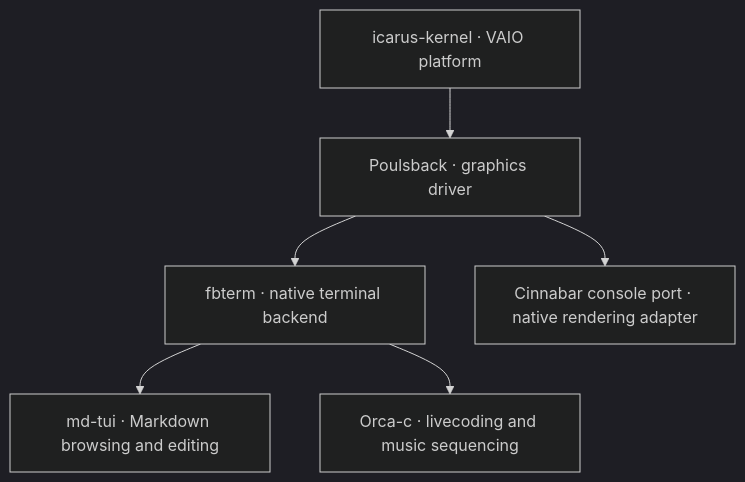
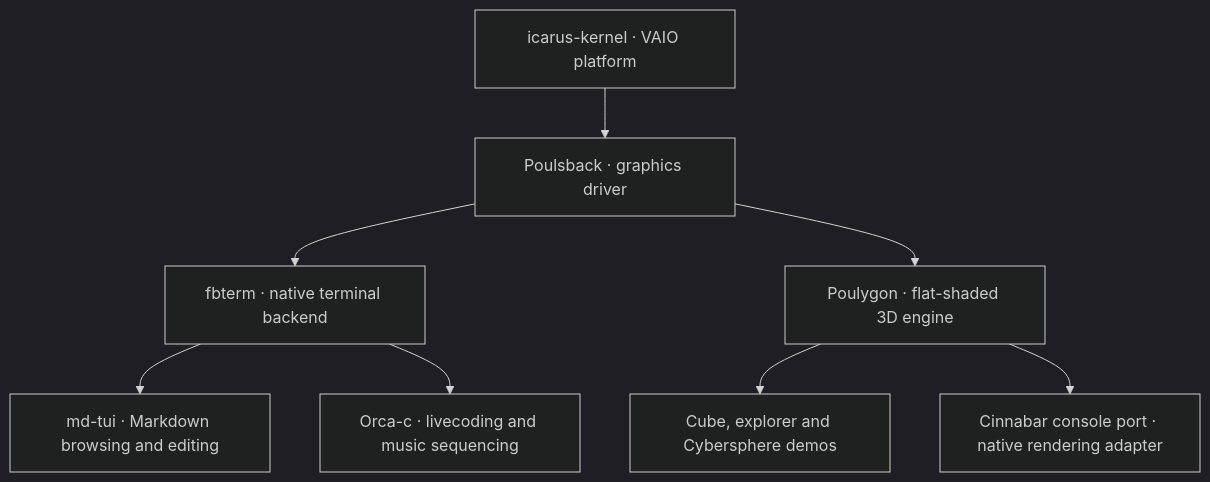
The diagram in profile/README.md (Section-9-Workflows/.github), drawn with Mermaid (dark theme) before and after one commit. The commit also changed other lines of this file, not shown here.

Commit message:
Add Poulygon to the public project overview

````diff
--- a/profile/README.md
+++ b/profile/README.md
@@ -26,8 +27,10 @@
 ```mermaid
 flowchart TD
     K["icarus-kernel · VAIO platform"] --> P["Poulsback · graphics driver"]
     P --> F["fbterm · native terminal backend"]
     F --> M["md-tui · Markdown browsing and editing"]
     F --> O["Orca-c · livecoding and music sequencing"]
-    P --> C["Cinnabar console port · native rendering adapter"]
+    P --> G["Poulygon · flat-shaded 3D engine"]
+    G --> D["Cube, explorer and Cybersphere demos"]
+    G --> C["Cinnabar console port · native rendering adapter"]
 ```
````
